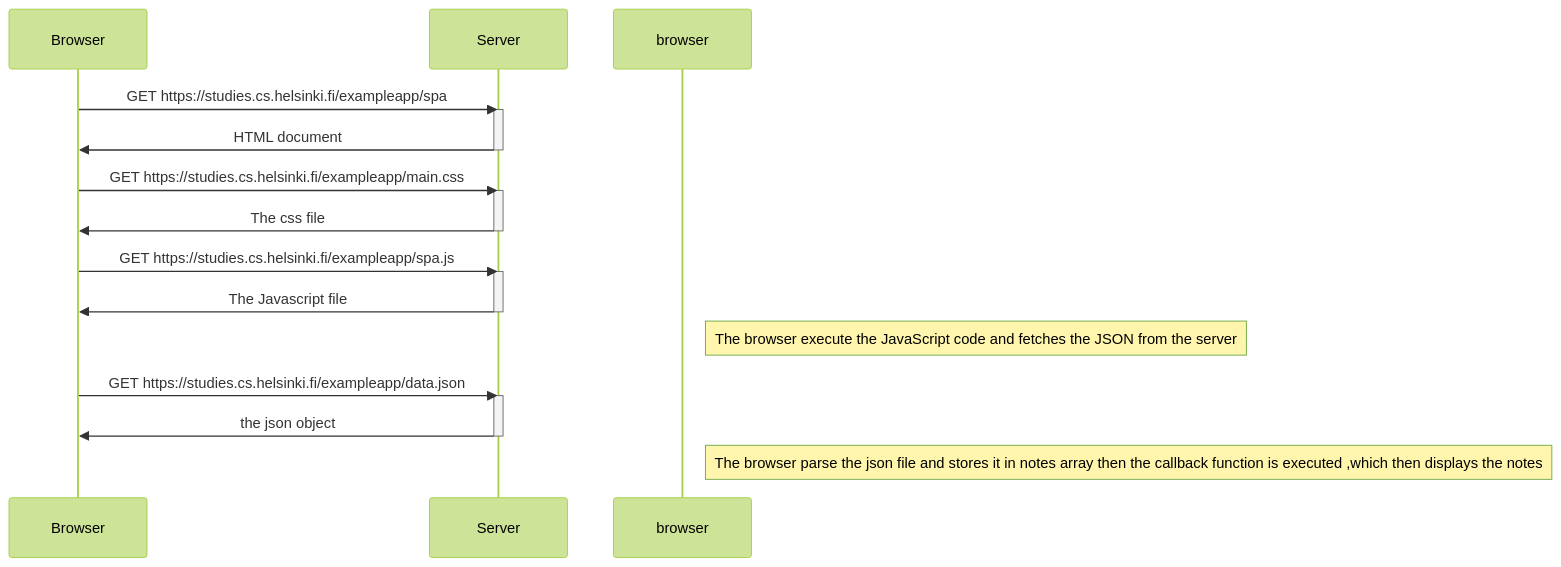
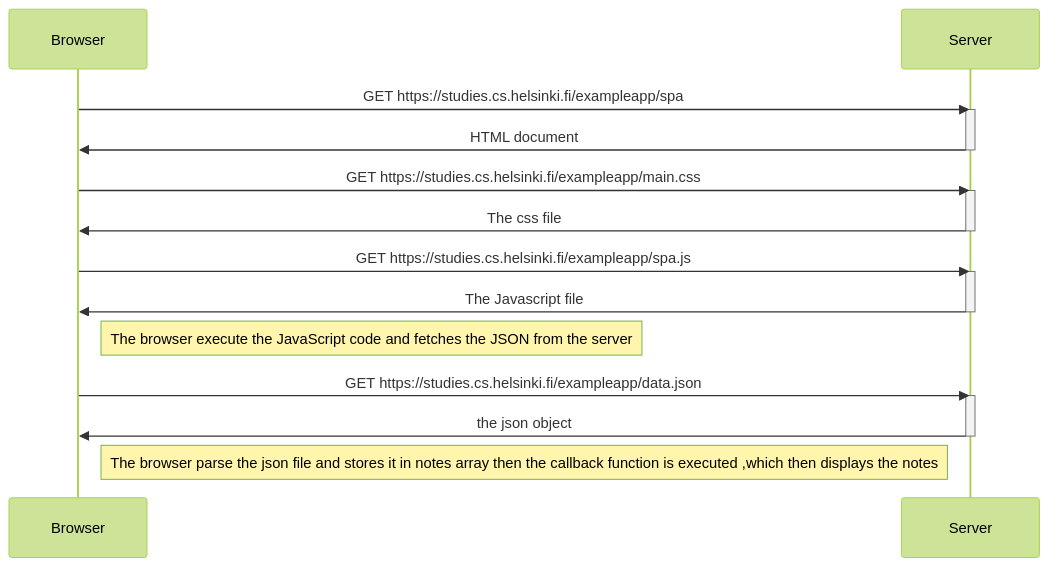
The diagram in part0/Exercise0.5 .md (ethio-man/Submission), drawn with Mermaid (forest theme) before and after one commit.

Commit message:
fixing spelling errors

````diff
--- a/part0/Exercise0.5 .md
+++ b/part0/Exercise0.5 .md
@@ -3,29 +3,29 @@
 ```mermaid
 sequenceDiagram
      participant Browser
      participant Server
 
      Browser->>Server: GET https://studies.cs.helsinki.fi/exampleapp/spa
      activate Server
      Server->>Browser: HTML document
      deactivate Server
 
      Browser->>Server: GET https://studies.cs.helsinki.fi/exampleapp/main.css
      activate Server
      Server->>Browser: The css file
      deactivate Server
 
      Browser->>Server: GET https://studies.cs.helsinki.fi/exampleapp/spa.js
      activate Server
      Server->>Browser: The Javascript file
      deactivate Server
 
-     Note right of browser: The browser execute the JavaScript code and fetches the JSON from the server
+     Note right of Browser: The browser execute the JavaScript code and fetches the JSON from the server
 
      Browser->>Server: GET https://studies.cs.helsinki.fi/exampleapp/data.json
      activate Server
      Server->>Browser: the json object
      deactivate Server
 
-     Note right of browser: The browser parse the json file and stores it in notes array then the callback function is executed ,which then displays the notes
+     Note right of Browser: The browser parse the json file and stores it in notes array then the callback function is executed ,which then displays the notes
 ```
````
